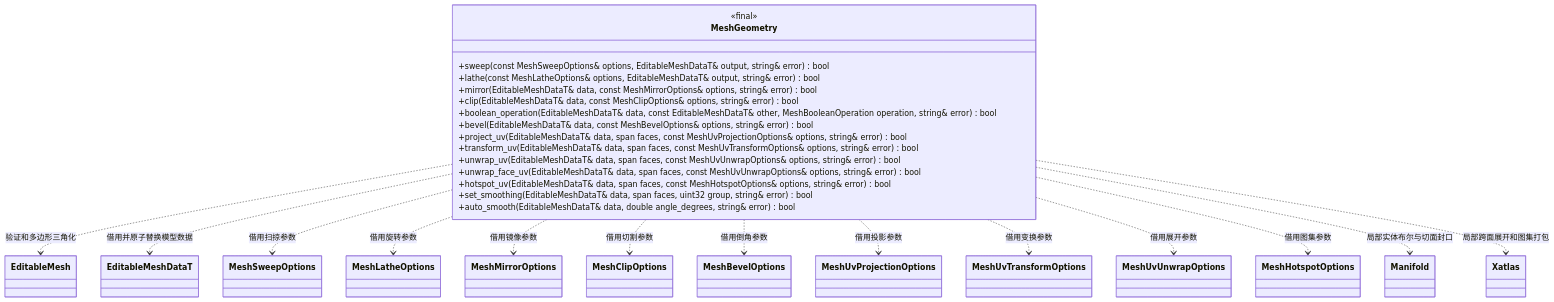
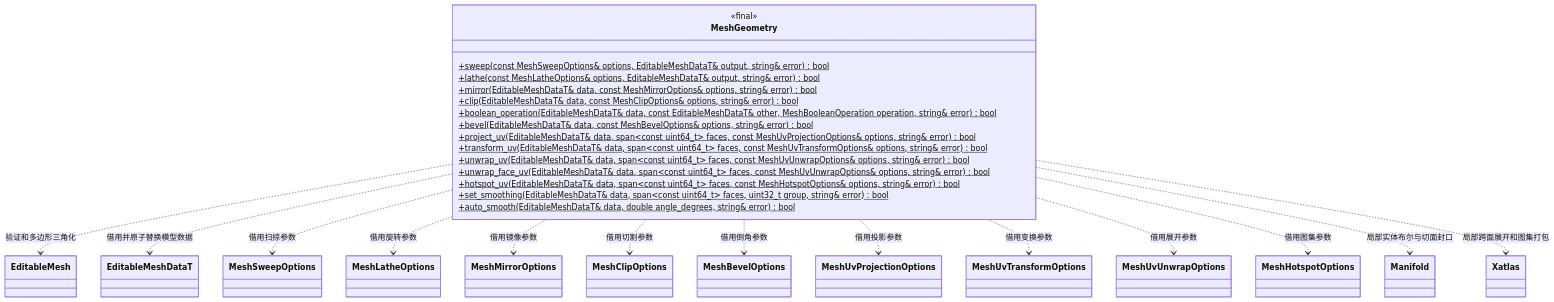
The diagram in docs/plugins/editor/class-diagrams/mesh-geometry.md (lcals/Engine), drawn with Mermaid before and after one commit. The commit also changed 222 other files, not shown here.

Commit message:
Consolidate editor asset imports and align architecture documentation

````diff
--- a/docs/plugins/editor/class-diagrams/mesh-geometry.md
+++ b/docs/plugins/editor/class-diagrams/mesh-geometry.md
@@ -9,45 +9,45 @@
 ```mermaid
 classDiagram
     class MeshGeometry {
         <<final>>
-        +sweep(const MeshSweepOptions& options, EditableMeshDataT& output, string& error) bool
-        +lathe(const MeshLatheOptions& options, EditableMeshDataT& output, string& error) bool
-        +mirror(EditableMeshDataT& data, const MeshMirrorOptions& options, string& error) bool
-        +clip(EditableMeshDataT& data, const MeshClipOptions& options, string& error) bool
-        +boolean_operation(EditableMeshDataT& data, const EditableMeshDataT& other, MeshBooleanOperation operation, string& error) bool
-        +bevel(EditableMeshDataT& data, const MeshBevelOptions& options, string& error) bool
-        +project_uv(EditableMeshDataT& data, span faces, const MeshUvProjectionOptions& options, string& error) bool
-        +transform_uv(EditableMeshDataT& data, span faces, const MeshUvTransformOptions& options, string& error) bool
-        +unwrap_uv(EditableMeshDataT& data, span faces, const MeshUvUnwrapOptions& options, string& error) bool
-        +unwrap_face_uv(EditableMeshDataT& data, span faces, const MeshUvUnwrapOptions& options, string& error) bool
-        +hotspot_uv(EditableMeshDataT& data, span faces, const MeshHotspotOptions& options, string& error) bool
-        +set_smoothing(EditableMeshDataT& data, span faces, uint32 group, string& error) bool
-        +auto_smooth(EditableMeshDataT& data, double angle_degrees, string& error) bool
+        +sweep(const MeshSweepOptions& options, EditableMeshDataT& output, string& error) bool$
+        +lathe(const MeshLatheOptions& options, EditableMeshDataT& output, string& error) bool$
+        +mirror(EditableMeshDataT& data, const MeshMirrorOptions& options, string& error) bool$
+        +clip(EditableMeshDataT& data, const MeshClipOptions& options, string& error) bool$
+        +boolean_operation(EditableMeshDataT& data, const EditableMeshDataT& other, MeshBooleanOperation operation, string& error) bool$
+        +bevel(EditableMeshDataT& data, const MeshBevelOptions& options, string& error) bool$
+        +project_uv(EditableMeshDataT& data, span~const uint64_t~ faces, const MeshUvProjectionOptions& options, string& error) bool$
+        +transform_uv(EditableMeshDataT& data, span~const uint64_t~ faces, const MeshUvTransformOptions& options, string& error) bool$
+        +unwrap_uv(EditableMeshDataT& data, span~const uint64_t~ faces, const MeshUvUnwrapOptions& options, string& error) bool$
+        +unwrap_face_uv(EditableMeshDataT& data, span~const uint64_t~ faces, const MeshUvUnwrapOptions& options, string& error) bool$
+        +hotspot_uv(EditableMeshDataT& data, span~const uint64_t~ faces, const MeshHotspotOptions& options, string& error) bool$
+        +set_smoothing(EditableMeshDataT& data, span~const uint64_t~ faces, uint32_t group, string& error) bool$
+        +auto_smooth(EditableMeshDataT& data, double angle_degrees, string& error) bool$
     }
     class EditableMesh
     class EditableMeshDataT
     class MeshSweepOptions
     class MeshLatheOptions
     class MeshMirrorOptions
     class MeshClipOptions
     class MeshBevelOptions
     class MeshUvProjectionOptions
     class MeshUvTransformOptions
     class MeshUvUnwrapOptions
     class MeshHotspotOptions
     class Manifold
     class Xatlas
     MeshGeometry ..> EditableMesh : 验证和多边形三角化
     MeshGeometry ..> EditableMeshDataT : 借用并原子替换模型数据
     MeshGeometry ..> MeshSweepOptions : 借用扫掠参数
     MeshGeometry ..> MeshLatheOptions : 借用旋转参数
     MeshGeometry ..> MeshMirrorOptions : 借用镜像参数
     MeshGeometry ..> MeshClipOptions : 借用切割参数
     MeshGeometry ..> MeshBevelOptions : 借用倒角参数
     MeshGeometry ..> MeshUvProjectionOptions : 借用投影参数
     MeshGeometry ..> MeshUvTransformOptions : 借用变换参数
     MeshGeometry ..> MeshUvUnwrapOptions : 借用展开参数
     MeshGeometry ..> MeshHotspotOptions : 借用图集参数
     MeshGeometry ..> Manifold : 局部实体布尔与切面封口
     MeshGeometry ..> Xatlas : 局部跨面展开和图集打包
 ```
````
